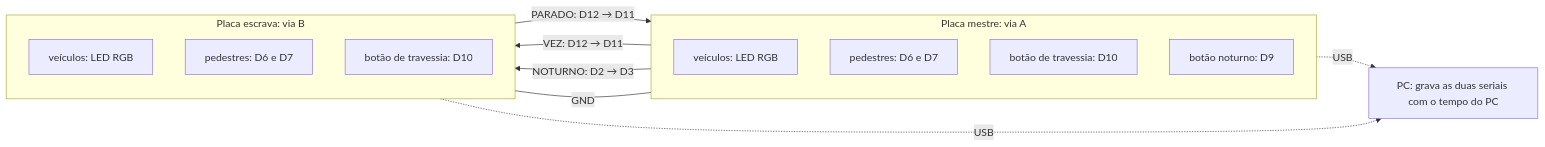
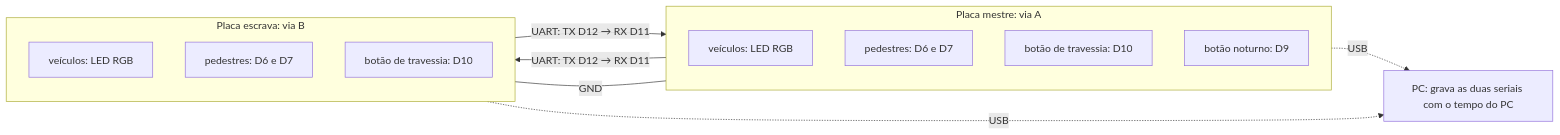
One commit to bmchad/uc-aula1-fork changed the fourth of 5 diagrams in docs/02-arquitetura.md. Above: the diagram before and after it, drawn with Mermaid. The commit also changed other lines of this file and 23 other files, not shown here.

````diff
--- a/docs/02-arquitetura.md
+++ b/docs/02-arquitetura.md
@@ -150,22 +152,21 @@
 ```mermaid
 flowchart LR
     subgraph mestre["Placa mestre: via A"]
         mv["veículos: LED RGB"]
         mp["pedestres: D6 e D7"]
         mbt["botão de travessia: D10"]
         mbn["botão noturno: D9"]
     end
     subgraph escrava["Placa escrava: via B"]
         ev["veículos: LED RGB"]
         ep["pedestres: D6 e D7"]
         ebt["botão de travessia: D10"]
     end
     pc["PC: grava as duas seriais com o tempo do PC"]
 
-    mestre -->|"VEZ: D12 → D11"| escrava
-    escrava -->|"PARADO: D12 → D11"| mestre
-    mestre -->|"NOTURNO: D2 → D3"| escrava
+    mestre -->|"UART: TX D12 → RX D11"| escrava
+    escrava -->|"UART: TX D12 → RX D11"| mestre
     mestre ---|"GND"| escrava
     mestre -.->|"USB"| pc
     escrava -.->|"USB"| pc
 ```
````
